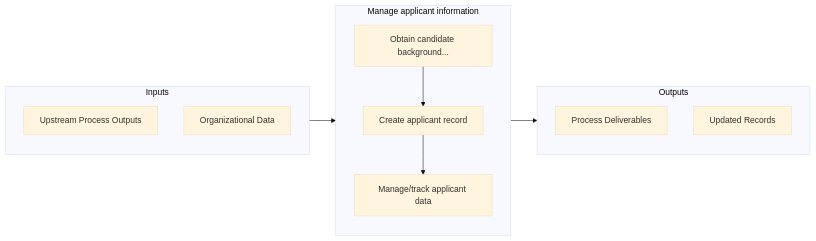
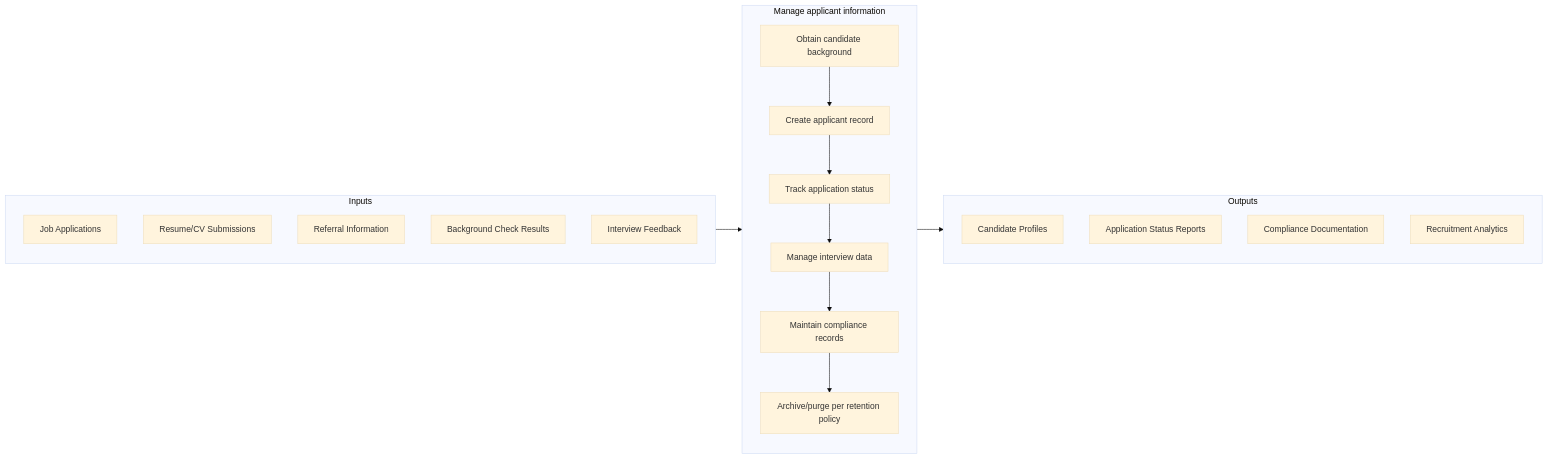
One commit to kziemski/business.org.ai changed the second of 2 diagrams in processes/07-HR/7.2-RecruitSourceSelectEmployees/7.2.5-ManageApplicantInformation/index.mdx. Above: the diagram before and after it, drawn with Mermaid (base theme). The commit also changed other lines of this file and 885 other files, not shown here.

````diff
--- a/processes/07-HR/7.2-RecruitSourceSelectEmployees/7.2.5-ManageApplicantInformation/index.mdx
+++ b/processes/07-HR/7.2-RecruitSourceSelectEmployees/7.2.5-ManageApplicantInformation/index.mdx
@@ -61,22 +59,31 @@
 ```mermaid
 flowchart LR
     subgraph Inputs["Inputs"]
-        I1["Upstream Process Outputs"]
-        I2["Organizational Data"]
+        I1["Job Applications"]
+        I2["Resume/CV Submissions"]
+        I3["Referral Information"]
+        I4["Background Check Results"]
+        I5["Interview Feedback"]
     end
 
     subgraph Process["Manage applicant information"]
-        S1["Obtain candidate background..."]
+        S1["Obtain candidate background"]
         S2["Create applicant record"]
-        S3["Manage/track applicant data"]
+        S3["Track application status"]
+        S4["Manage interview data"]
+        S5["Maintain compliance records"]
+        S6["Archive/purge per retention policy"]
+
+        S1 --> S2 --> S3 --> S4
+        S4 --> S5 --> S6
     end
 
     subgraph Outputs["Outputs"]
-        O1["Process Deliverables"]
-        O2["Updated Records"]
+        O1["Candidate Profiles"]
+        O2["Application Status Reports"]
+        O3["Compliance Documentation"]
+        O4["Recruitment Analytics"]
     end
 
     Inputs --> Process --> Outputs
-    S1 --> S2
-    S2 --> S3
 ```
````
